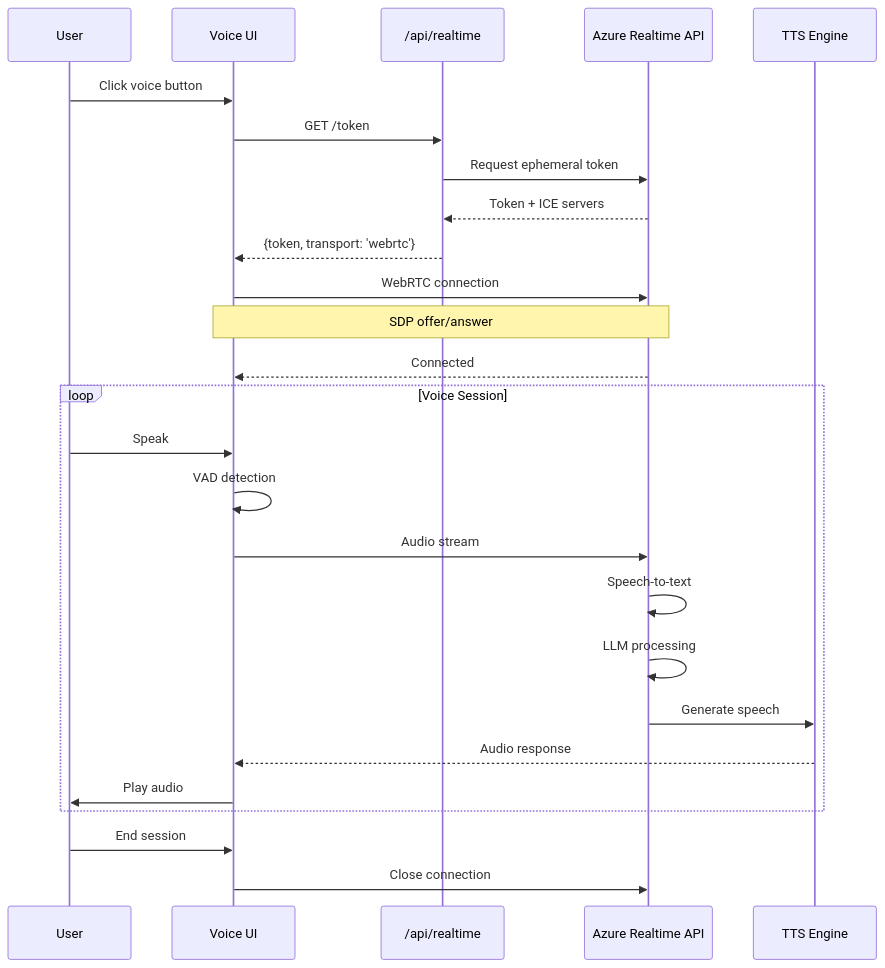
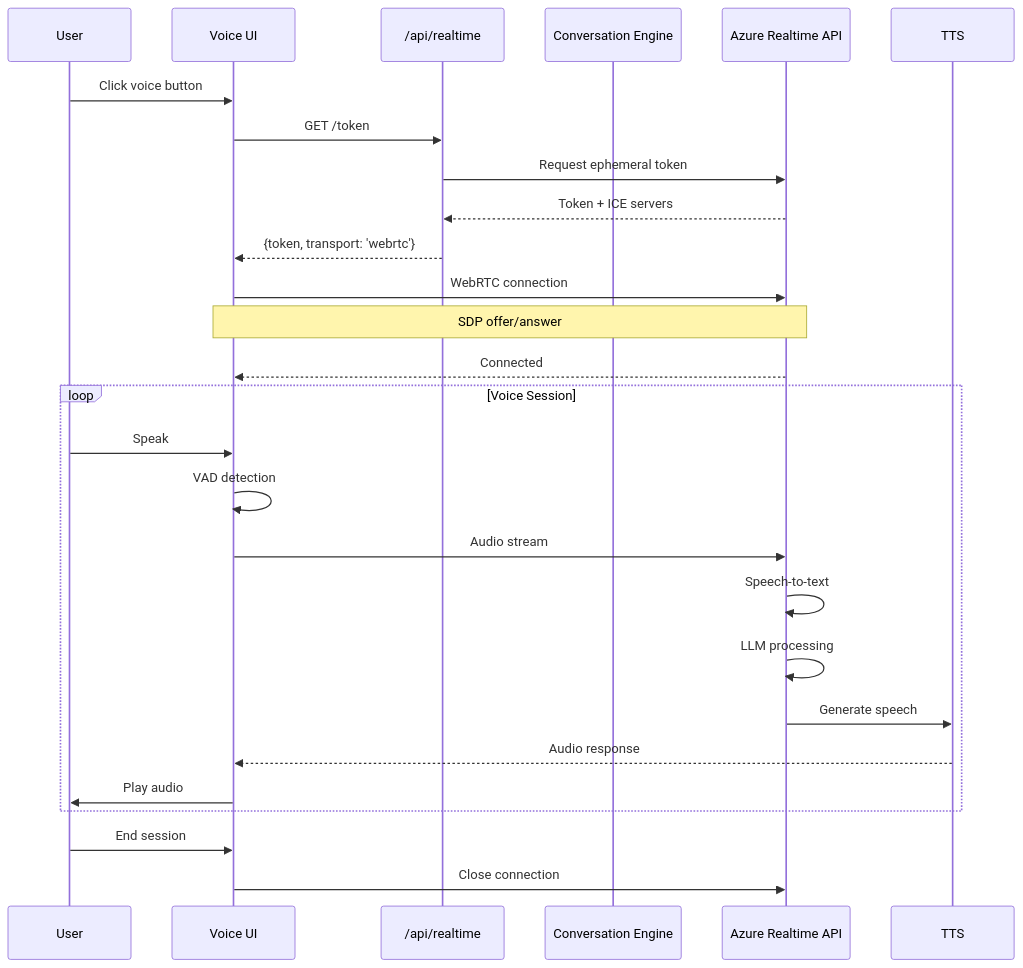
Diagram 12 of 50 in ARCHITECTURE-DIAGRAMS.md (FightTheStroke/MirrorBuddy), drawn with Mermaid before and after one commit. The commit also changed other lines of this file, not shown here.

First line of the commit message:
fix(docs): correct architecture diagrams for shared conversation engine

````diff
--- a/ARCHITECTURE-DIAGRAMS.md
+++ b/ARCHITECTURE-DIAGRAMS.md
@@ -386,32 +540,32 @@
 ```mermaid
 sequenceDiagram
     participant U as User
     participant UI as Voice UI
     participant API as /api/realtime
+    participant Engine as Conversation Engine
     participant Azure as Azure Realtime API
-    participant TTS as TTS Engine
 
     U->>UI: Click voice button
     UI->>API: GET /token
     API->>Azure: Request ephemeral token
     Azure-->>API: Token + ICE servers
     API-->>UI: {token, transport: 'webrtc'}
 
     UI->>Azure: WebRTC connection
     Note over UI,Azure: SDP offer/answer
     Azure-->>UI: Connected
 
     loop Voice Session
         U->>UI: Speak
         UI->>UI: VAD detection
         UI->>Azure: Audio stream
         Azure->>Azure: Speech-to-text
         Azure->>Azure: LLM processing
         Azure->>TTS: Generate speech
         TTS-->>UI: Audio response
         UI->>U: Play audio
     end
 
     U->>UI: End session
     UI->>Azure: Close connection
 ```
````
